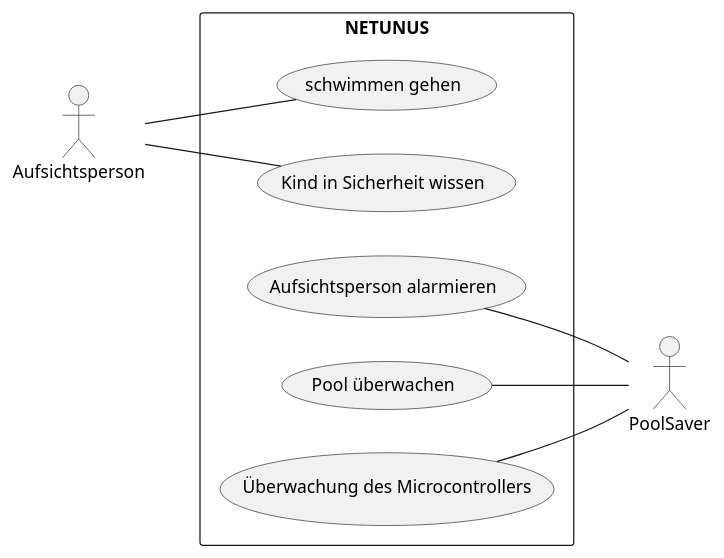
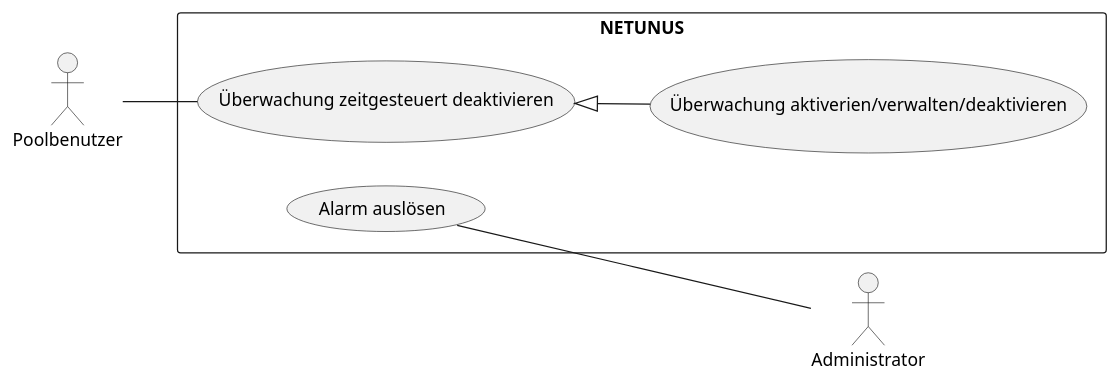
The diagram in Assets/use-case-diagram.iuml (KonstantinFrank01/safer-pool), drawn with PlantUML before and after one commit.

Commit message:
Update UC-Diagram

```diff
--- a/Assets/use-case-diagram.iuml
+++ b/Assets/use-case-diagram.iuml
@@ -1,12 +1,10 @@
 @startuml
 left to right direction
-actor Aufsichtsperson
-actor PoolSaver
+actor Poolbenutzer
+actor Administrator
 rectangle NETUNUS {
-    Aufsichtsperson -- (schwimmen gehen)
-    Aufsichtsperson -- (Kind in Sicherheit wissen)
-    (Aufsichtsperson alarmieren) -- PoolSaver
-    (Pool überwachen) -- PoolSaver
-    (Überwachung des Microcontrollers) -- PoolSaver
+    Poolbenutzer -- (Überwachung zeitgesteuert deaktivieren)
+    (Überwachung zeitgesteuert deaktivieren) <|-- (Überwachung aktiverien/verwalten/deaktivieren)
+    (Alarm auslösen) -- Administrator
 }
 @enduml
```
